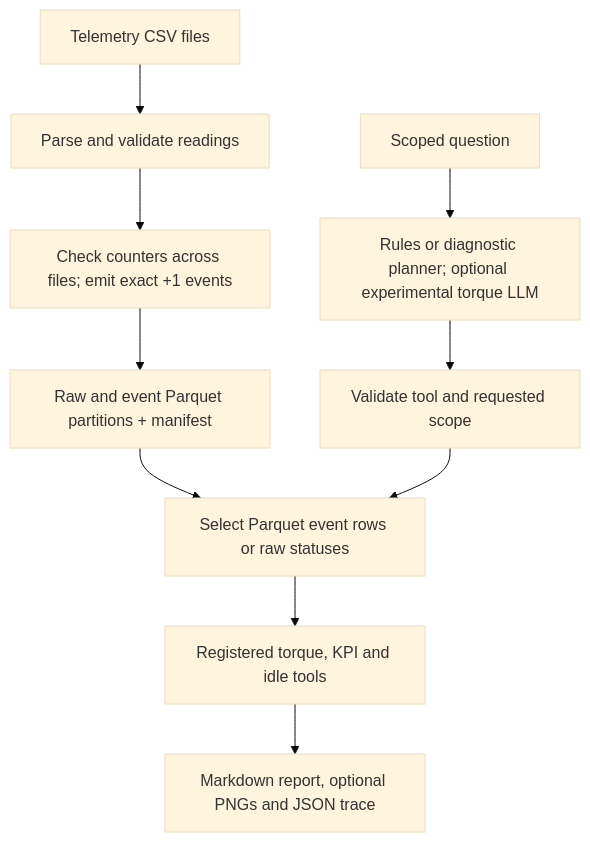
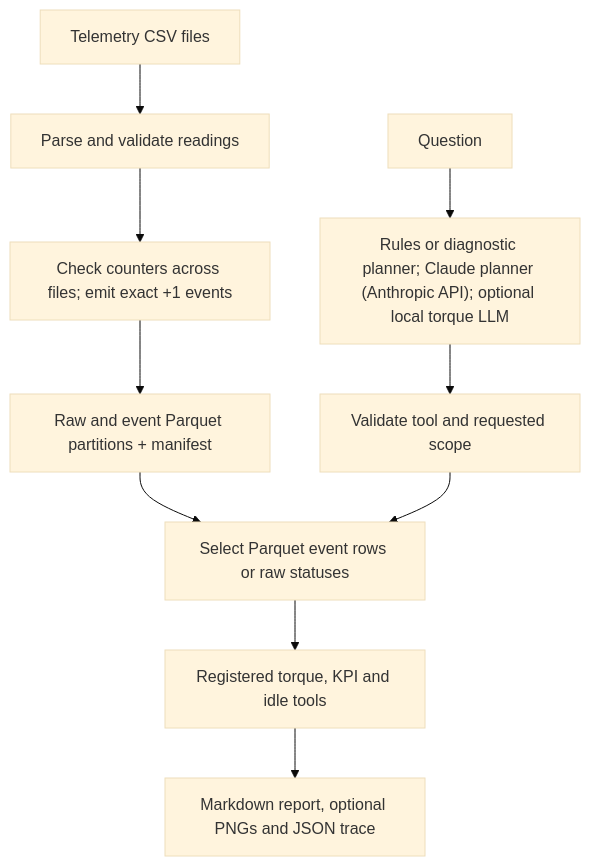
One commit to AnthonyChedid7/arol-telemetry-ai changed the diagram in README.MD. Above: the diagram before and after it, drawn with Mermaid (base theme). The commit also changed other lines of this file and 9 other files, not shown here.

````diff
--- a/README.MD
+++ b/README.MD
@@ -137,12 +142,12 @@
 ```mermaid
 flowchart TD
     CSV["Telemetry CSV files"] --> Parse["Parse and validate readings"]
     Parse --> Detect["Check counters across files; emit exact +1 events"]
     Detect --> Pool["Raw and event Parquet partitions + manifest"]
-    Question["Scoped question"] --> Plan["Rules or diagnostic planner; optional experimental torque LLM"]
+    Question["Question"] --> Plan["Rules or diagnostic planner; Claude planner (Anthropic API); optional local torque LLM"]
     Plan --> Guard["Validate tool and requested scope"]
     Pool --> Source["Select Parquet event rows or raw statuses"]
     Guard --> Source
     Source --> Tools["Registered torque, KPI and idle tools"]
     Tools --> Output["Markdown report, optional PNGs and JSON trace"]
 ```
````
